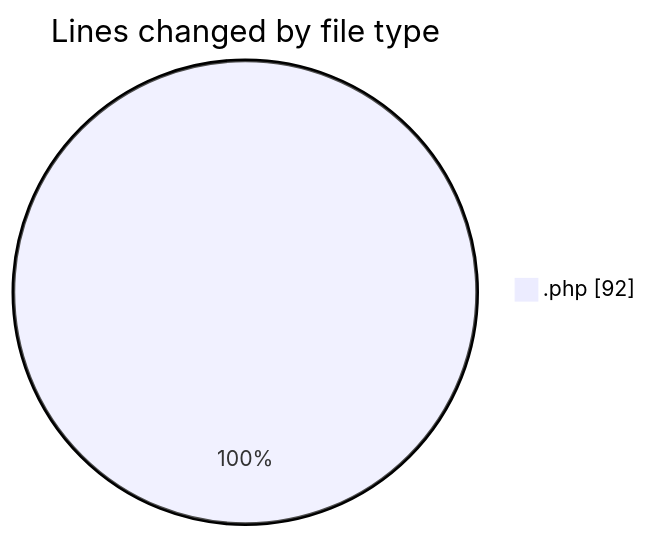
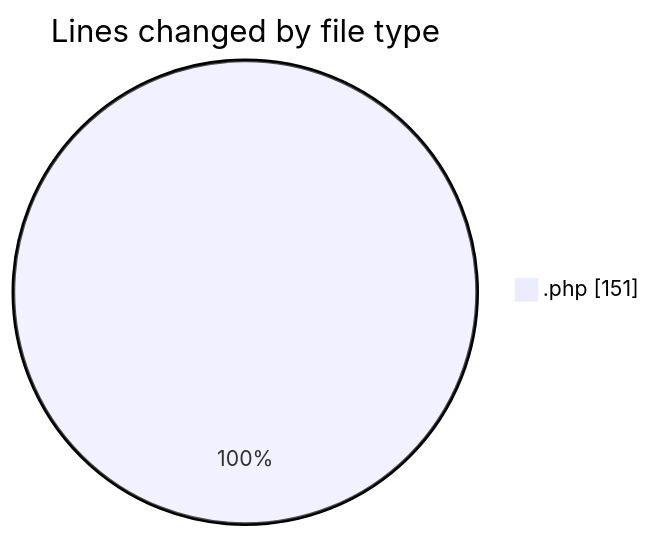
One commit to idhammustaqopulfikri/code-tracking changed the first of 2 diagrams in 2025-06-07/studio-backend/README.md. Above: the diagram before and after it, drawn with Mermaid. The commit also changed other lines of this file and 1 other file, not shown here.

````diff
--- a/2025-06-07/studio-backend/README.md
+++ b/2025-06-07/studio-backend/README.md
@@ -20,5 +21,5 @@
 ```mermaid
 pie showData
 title Lines changed by file type
-".php" : 92
+".php" : 151
 ```
````
